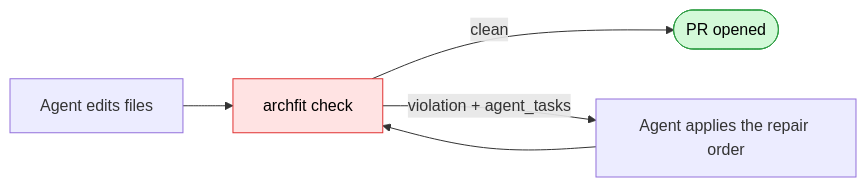
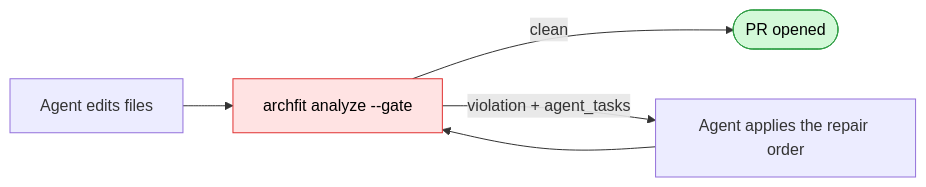
One commit to alexei-led/archfit changed the first of 2 diagrams in README.md. Above: the diagram before and after it, drawn with Mermaid. The commit also changed other lines of this file and 258 other files, not shown here.

First line of the commit message:
archfit v1.0.0 — single analyze command + stabilized config/scoring contract (#20)

````diff
--- a/README.md
+++ b/README.md
@@ -45,11 +65,11 @@
 ```mermaid
 flowchart LR
-    A[Agent edits files] --> C[archfit check]
+    A[Agent edits files] --> C["archfit analyze --gate"]
     C -->|clean| P([PR opened])
     C -->|violation + agent_tasks| R[Agent applies the repair order]
     R --> C
     classDef ok fill:#d3f9d8,stroke:#2f9e44,color:#000;
     classDef gate fill:#ffe3e3,stroke:#e03131,color:#000;
     class P ok;
     class C gate;
 ```
````
